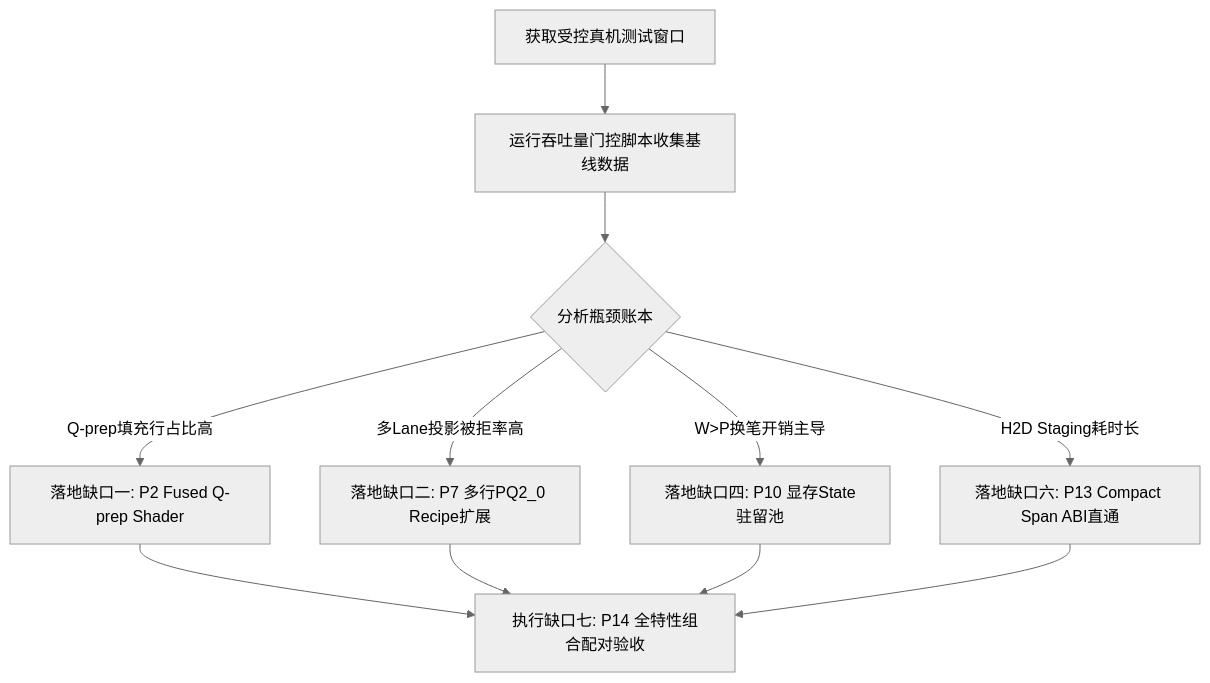
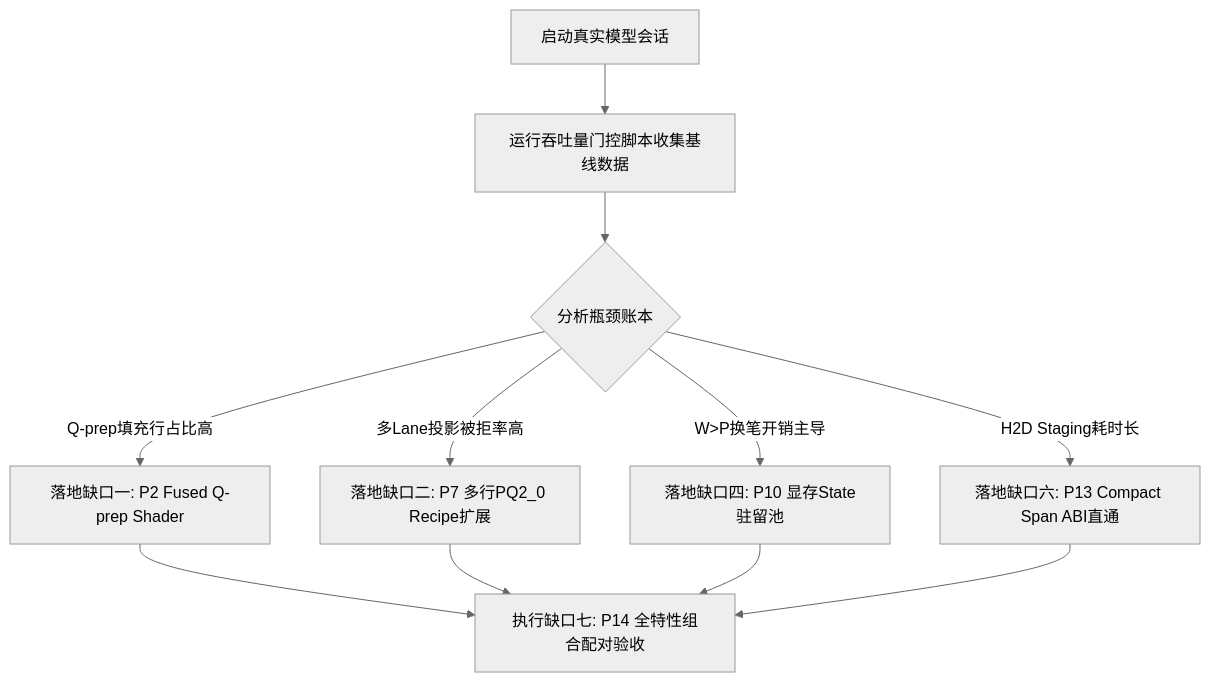
Before and after one commit to PamelaSprin47685ghall/atomic-llama-cpp-turboquant: the diagram in 缺口.md, drawn with Mermaid (neutral theme). The commit also changed other lines of this file and 10 other files, not shown here.

````diff
--- a/缺口.md
+++ b/缺口.md
@@ -131,10 +131,10 @@
 ```mermaid
 flowchart TD
-    A[获取受控真机测试窗口] --> B[运行吞吐量门控脚本收集基线数据]
+    A[启动真实模型会话] --> B[运行吞吐量门控脚本收集基线数据]
     B --> C{分析瓶颈账本}
     C -->|Q-prep填充行占比高| D[落地缺口一: P2 Fused Q-prep Shader]
     C -->|多Lane投影被拒率高| E[落地缺口二: P7 多行PQ2_0 Recipe扩展]
     C -->|W>P换笔开销主导| F[落地缺口四: P10 显存State驻留池]
     C -->|H2D Staging耗时长| G[落地缺口六: P13 Compact Span ABI直通]
     D & E & F & G --> H[执行缺口七: P14 全特性组合配对验收]
 ```
````
